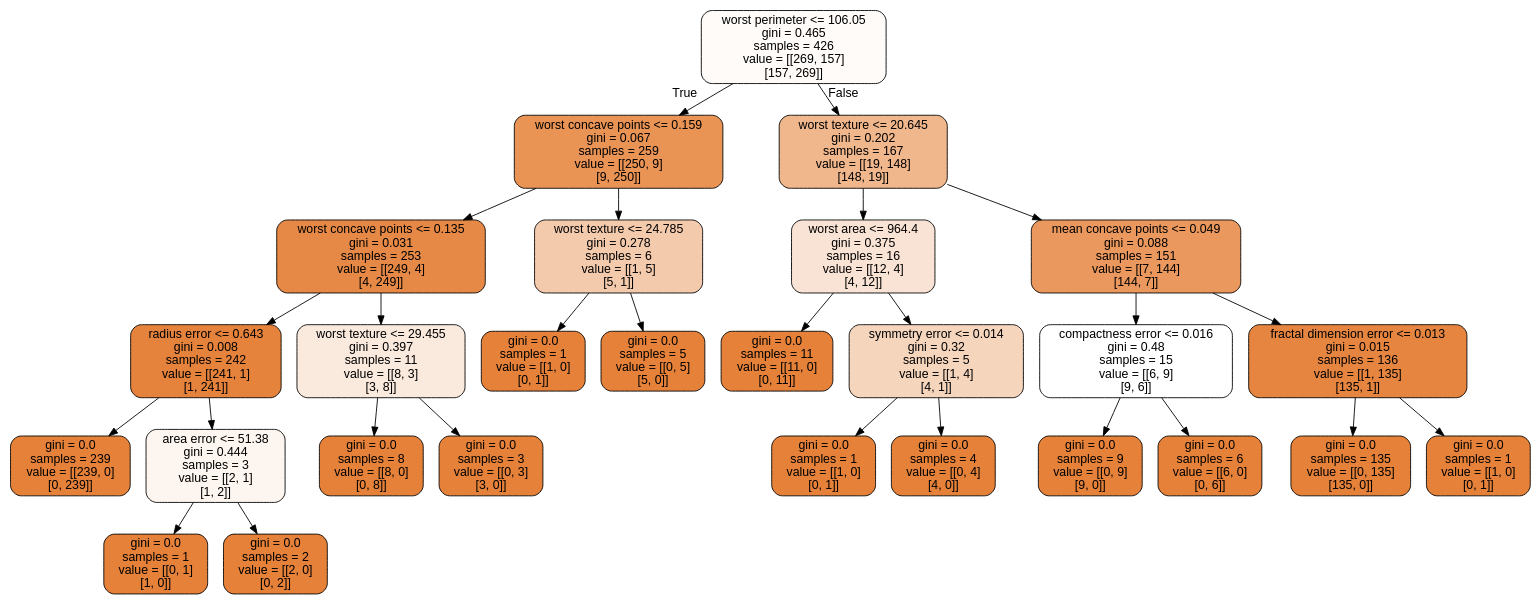
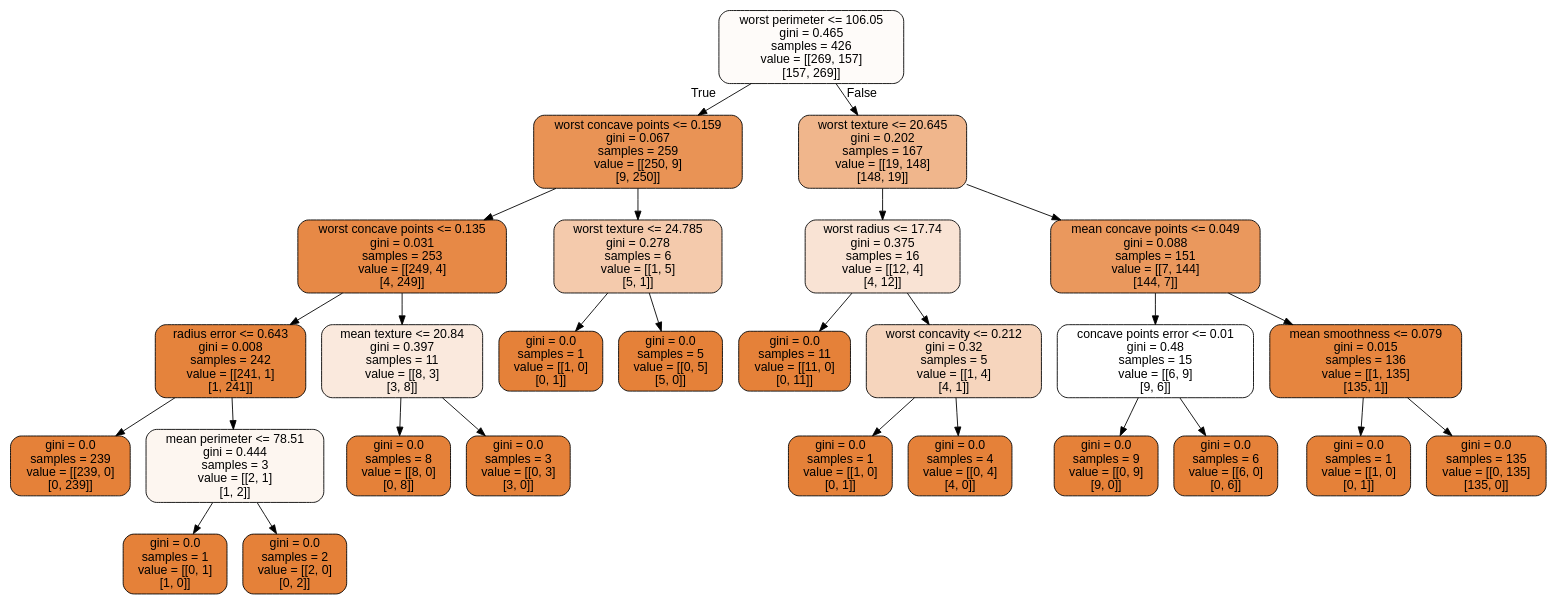
Before and after one commit to CompPhysics/MachineLearning: the diagram in doc/LectureNotes/DataFiles/cancer.dot, drawn with Graphviz. The commit also changed 101 other files, not shown here.

```diff
--- a/doc/LectureNotes/DataFiles/cancer.dot
+++ b/doc/LectureNotes/DataFiles/cancer.dot
@@ -1,57 +1,57 @@
 digraph Tree {
 node [shape=box, style="filled, rounded", color="black", fontname="helvetica"] ;
 edge [fontname="helvetica"] ;
 0 [label="worst perimeter <= 106.05\ngini = 0.465\nsamples = 426\nvalue = [[269, 157]\n[157, 269]]", fillcolor="#fefbf9"] ;
 1 [label="worst concave points <= 0.159\ngini = 0.067\nsamples = 259\nvalue = [[250, 9]\n[9, 250]]", fillcolor="#e99355"] ;
 0 -> 1 [labeldistance=2.5, labelangle=45, headlabel="True"] ;
 2 [label="worst concave points <= 0.135\ngini = 0.031\nsamples = 253\nvalue = [[249, 4]\n[4, 249]]", fillcolor="#e78946"] ;
 1 -> 2 ;
 3 [label="radius error <= 0.643\ngini = 0.008\nsamples = 242\nvalue = [[241, 1]\n[1, 241]]", fillcolor="#e5833c"] ;
 2 -> 3 ;
 4 [label="gini = 0.0\nsamples = 239\nvalue = [[239, 0]\n[0, 239]]", fillcolor="#e58139"] ;
 3 -> 4 ;
-5 [label="area error <= 51.38\ngini = 0.444\nsamples = 3\nvalue = [[2, 1]\n[1, 2]]", fillcolor="#fdf6f0"] ;
+5 [label="mean perimeter <= 78.51\ngini = 0.444\nsamples = 3\nvalue = [[2, 1]\n[1, 2]]", fillcolor="#fdf6f0"] ;
 3 -> 5 ;
 6 [label="gini = 0.0\nsamples = 1\nvalue = [[0, 1]\n[1, 0]]", fillcolor="#e58139"] ;
 5 -> 6 ;
 7 [label="gini = 0.0\nsamples = 2\nvalue = [[2, 0]\n[0, 2]]", fillcolor="#e58139"] ;
 5 -> 7 ;
-8 [label="worst texture <= 29.455\ngini = 0.397\nsamples = 11\nvalue = [[8, 3]\n[3, 8]]", fillcolor="#fae9dd"] ;
+8 [label="mean texture <= 20.84\ngini = 0.397\nsamples = 11\nvalue = [[8, 3]\n[3, 8]]", fillcolor="#fae9dd"] ;
 2 -> 8 ;
 9 [label="gini = 0.0\nsamples = 8\nvalue = [[8, 0]\n[0, 8]]", fillcolor="#e58139"] ;
 8 -> 9 ;
 10 [label="gini = 0.0\nsamples = 3\nvalue = [[0, 3]\n[3, 0]]", fillcolor="#e58139"] ;
 8 -> 10 ;
 11 [label="worst texture <= 24.785\ngini = 0.278\nsamples = 6\nvalue = [[1, 5]\n[5, 1]]", fillcolor="#f4caac"] ;
 1 -> 11 ;
 12 [label="gini = 0.0\nsamples = 1\nvalue = [[1, 0]\n[0, 1]]", fillcolor="#e58139"] ;
 11 -> 12 ;
 13 [label="gini = 0.0\nsamples = 5\nvalue = [[0, 5]\n[5, 0]]", fillcolor="#e58139"] ;
 11 -> 13 ;
 14 [label="worst texture <= 20.645\ngini = 0.202\nsamples = 167\nvalue = [[19, 148]\n[148, 19]]", fillcolor="#f0b68c"] ;
 0 -> 14 [labeldistance=2.5, labelangle=-45, headlabel="False"] ;
-15 [label="worst area <= 964.4\ngini = 0.375\nsamples = 16\nvalue = [[12, 4]\n[4, 12]]", fillcolor="#f9e3d4"] ;
+15 [label="worst radius <= 17.74\ngini = 0.375\nsamples = 16\nvalue = [[12, 4]\n[4, 12]]", fillcolor="#f9e3d4"] ;
 14 -> 15 ;
 16 [label="gini = 0.0\nsamples = 11\nvalue = [[11, 0]\n[0, 11]]", fillcolor="#e58139"] ;
 15 -> 16 ;
-17 [label="symmetry error <= 0.014\ngini = 0.32\nsamples = 5\nvalue = [[1, 4]\n[4, 1]]", fillcolor="#f6d5bd"] ;
+17 [label="worst concavity <= 0.212\ngini = 0.32\nsamples = 5\nvalue = [[1, 4]\n[4, 1]]", fillcolor="#f6d5bd"] ;
 15 -> 17 ;
 18 [label="gini = 0.0\nsamples = 1\nvalue = [[1, 0]\n[0, 1]]", fillcolor="#e58139"] ;
 17 -> 18 ;
 19 [label="gini = 0.0\nsamples = 4\nvalue = [[0, 4]\n[4, 0]]", fillcolor="#e58139"] ;
 17 -> 19 ;
 20 [label="mean concave points <= 0.049\ngini = 0.088\nsamples = 151\nvalue = [[7, 144]\n[144, 7]]", fillcolor="#ea985d"] ;
 14 -> 20 ;
-21 [label="compactness error <= 0.016\ngini = 0.48\nsamples = 15\nvalue = [[6, 9]\n[9, 6]]", fillcolor="#ffffff"] ;
+21 [label="concave points error <= 0.01\ngini = 0.48\nsamples = 15\nvalue = [[6, 9]\n[9, 6]]", fillcolor="#ffffff"] ;
 20 -> 21 ;
 22 [label="gini = 0.0\nsamples = 9\nvalue = [[0, 9]\n[9, 0]]", fillcolor="#e58139"] ;
 21 -> 22 ;
 23 [label="gini = 0.0\nsamples = 6\nvalue = [[6, 0]\n[0, 6]]", fillcolor="#e58139"] ;
 21 -> 23 ;
-24 [label="fractal dimension error <= 0.013\ngini = 0.015\nsamples = 136\nvalue = [[1, 135]\n[135, 1]]", fillcolor="#e6853f"] ;
+24 [label="mean smoothness <= 0.079\ngini = 0.015\nsamples = 136\nvalue = [[1, 135]\n[135, 1]]", fillcolor="#e6853f"] ;
 20 -> 24 ;
-25 [label="gini = 0.0\nsamples = 135\nvalue = [[0, 135]\n[135, 0]]", fillcolor="#e58139"] ;
+25 [label="gini = 0.0\nsamples = 1\nvalue = [[1, 0]\n[0, 1]]", fillcolor="#e58139"] ;
 24 -> 25 ;
-26 [label="gini = 0.0\nsamples = 1\nvalue = [[1, 0]\n[0, 1]]", fillcolor="#e58139"] ;
+26 [label="gini = 0.0\nsamples = 135\nvalue = [[0, 135]\n[135, 0]]", fillcolor="#e58139"] ;
 24 -> 26 ;
 }
```
